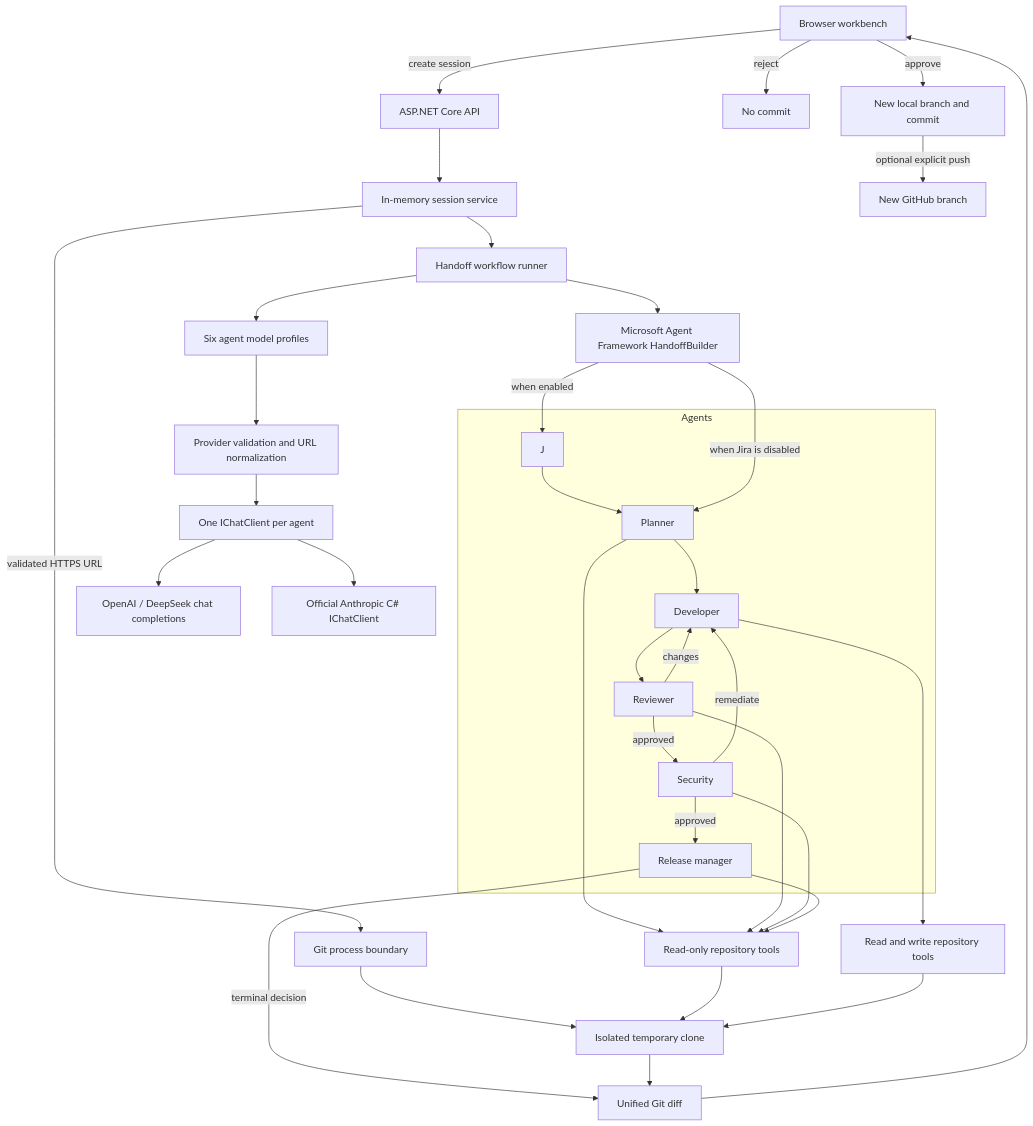
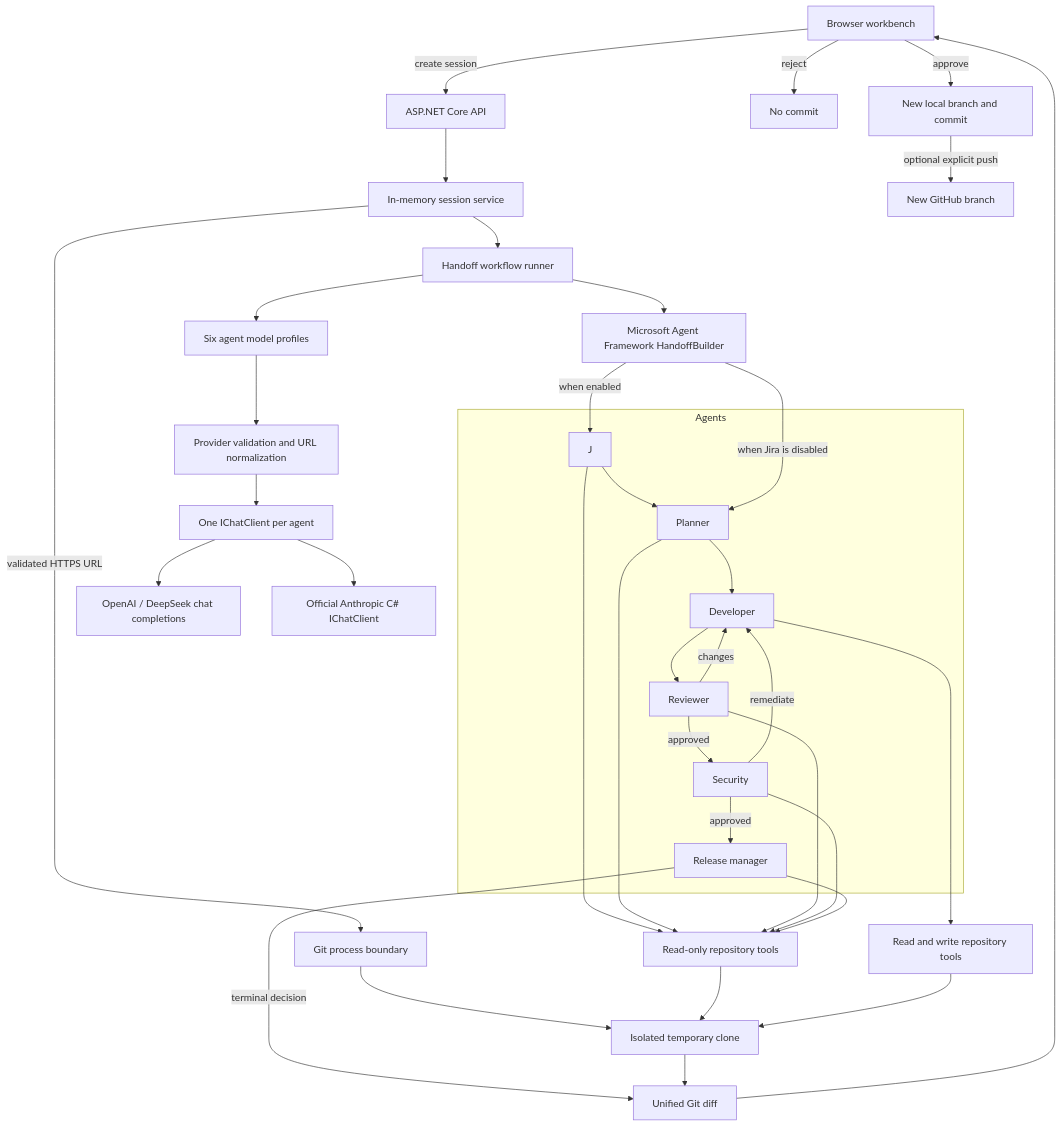
Before and after one commit to arash7388/Xbank.DevAgent: the diagram in CSharp/docs/architecture.md, drawn with Mermaid. The commit also changed other lines of this file and 26 other files, not shown here.

````diff
--- a/CSharp/docs/architecture.md
+++ b/CSharp/docs/architecture.md
@@ -3,42 +3,43 @@
 ```mermaid
 flowchart TB
     UI[Browser workbench] -->|create session| API[ASP.NET Core API]
     API --> SS[In-memory session service]
     SS -->|validated HTTPS URL| GIT[Git process boundary]
     GIT --> CLONE[Isolated temporary clone]
 
     SS --> RUN[Handoff workflow runner]
     RUN --> PROFILES[Six agent model profiles]
     PROFILES --> PROVIDER[Provider validation and URL normalization]
     PROVIDER --> CLIENT[One IChatClient per agent]
     CLIENT --> OPENAI[OpenAI / DeepSeek chat completions]
     CLIENT --> CLAUDE[Official Anthropic C# IChatClient]
     RUN --> FLOW[Microsoft Agent Framework HandoffBuilder]
 
     subgraph Agents
       J --> P[Planner]
       P --> D[Developer]
       D --> R[Reviewer]
       R -->|changes| D
       R -->|approved| S[Security]
       S -->|remediate| D
       S -->|approved| RM[Release manager]
     end
 
     FLOW -->|when enabled| J
     FLOW -->|when Jira is disabled| P
+    J --> READ
     P --> READ[Read-only repository tools]
     R --> READ
     S --> READ
     RM --> READ
     D --> EDIT[Read and write repository tools]
     READ --> CLONE
     EDIT --> CLONE
 
     RM -->|terminal decision| DIFF[Unified Git diff]
     CLONE --> DIFF
     DIFF --> UI
     UI -->|reject| REJECT[No commit]
     UI -->|approve| COMMIT[New local branch and commit]
     COMMIT -->|optional explicit push| REMOTE[New GitHub branch]
 ```
````
